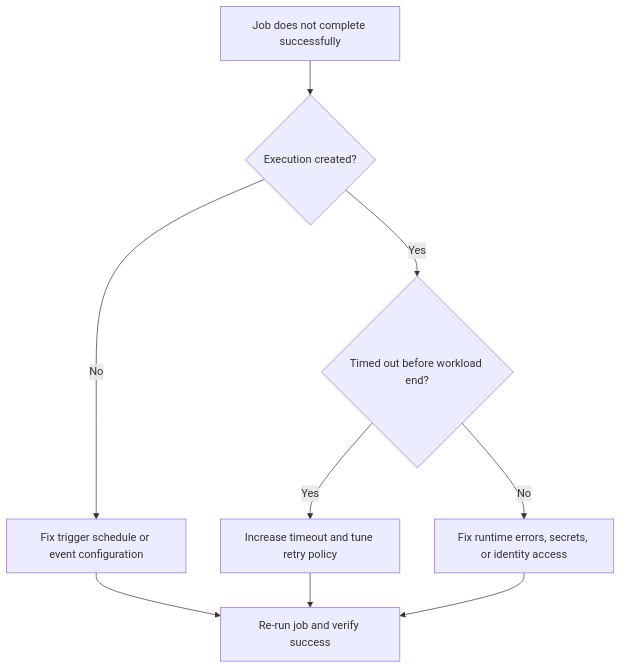
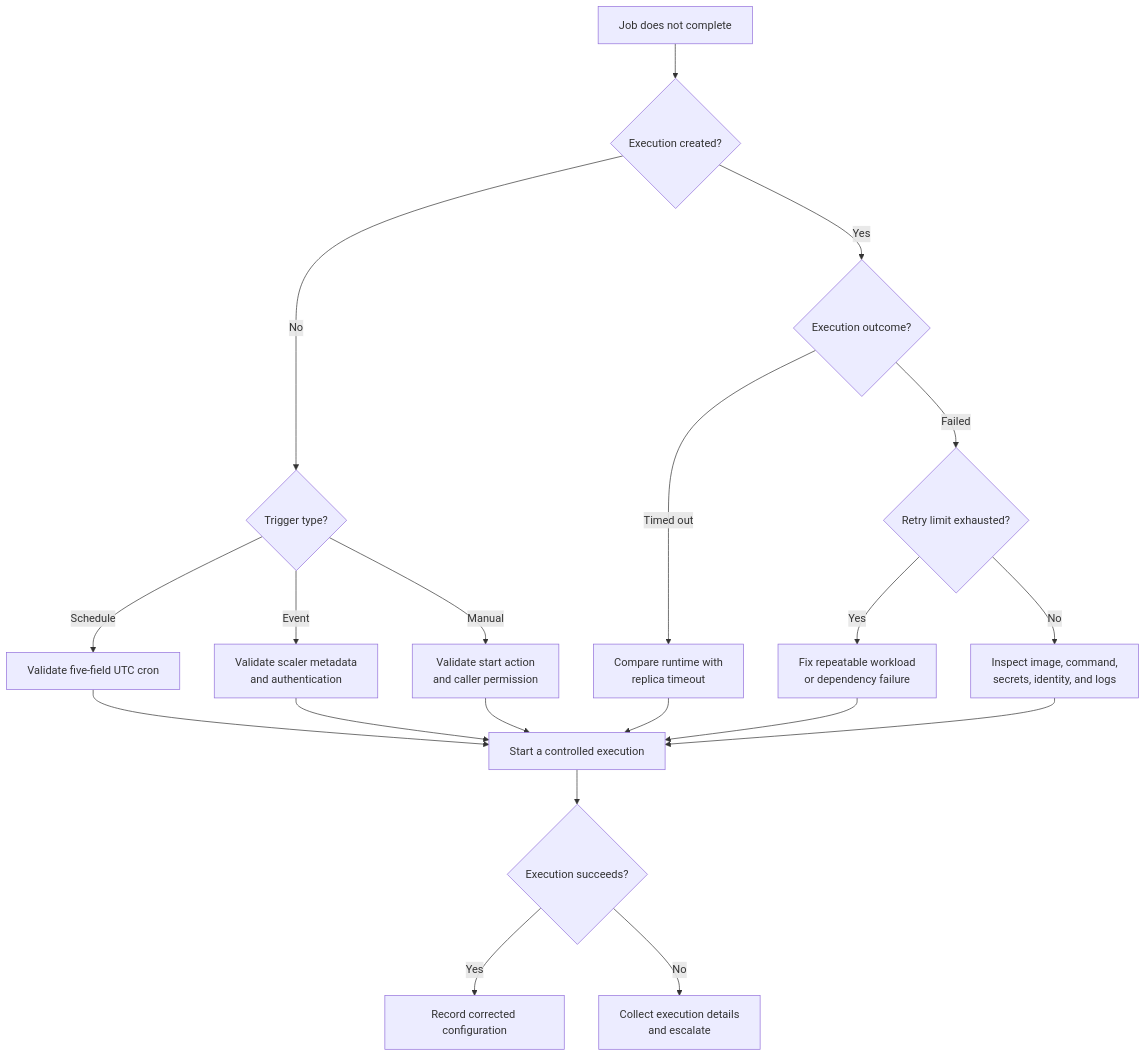
The diagram in docs/troubleshooting/playbooks/platform-features/container-app-job-execution-failure.md (yeongseon/azure-container-apps-practical-guide), drawn with Mermaid before and after one commit. The commit also changed other lines of this file and 28 other files, not shown here.

Commit message:
docs(diagrams): migrate playbook diagnostic flows (#627)

````diff
--- a/docs/troubleshooting/playbooks/platform-features/container-app-job-execution-failure.md
+++ b/docs/troubleshooting/playbooks/platform-features/container-app-job-execution-failure.md
@@ -40,11 +40,25 @@
 ```mermaid
 flowchart TD
-    A[Job does not complete successfully] --> B{Execution created?}
-    B -->|No| C[Fix trigger schedule or event configuration]
-    B -->|Yes| D{Timed out before workload end?}
-    D -->|Yes| E[Increase timeout and tune retry policy]
-    D -->|No| F[Fix runtime errors, secrets, or identity access]
-    C --> G[Re-run job and verify success]
-    E --> G
-    F --> G
+    accTitle: Diagnose a failed Container Apps job execution
+    accDescr: First determine whether an execution was created, then separate timeout and retry exhaustion from container, secret, identity, and dependency failures before starting a controlled verification execution.
+
+    START[Job does not complete] --> CREATED{Execution created?}
+    CREATED -->|No| TRIGGER{Trigger type?}
+    TRIGGER -->|Schedule| SCHEDULE[Validate five-field UTC cron]
+    TRIGGER -->|Event| EVENT[Validate scaler metadata<br/>and authentication]
+    TRIGGER -->|Manual| STARTPERM[Validate start action<br/>and caller permission]
+    CREATED -->|Yes| RESULT{Execution outcome?}
+    RESULT -->|Timed out| TIMEOUT[Compare runtime with<br/>replica timeout]
+    RESULT -->|Failed| RETRIES{Retry limit exhausted?}
+    RETRIES -->|Yes| ROOT[Fix repeatable workload<br/>or dependency failure]
+    RETRIES -->|No| RUNTIME[Inspect image, command,<br/>secrets, identity, and logs]
+    SCHEDULE --> VERIFY[Start a controlled execution]
+    EVENT --> VERIFY
+    STARTPERM --> VERIFY
+    TIMEOUT --> VERIFY
+    ROOT --> VERIFY
+    RUNTIME --> VERIFY
+    VERIFY --> SUCCESS{Execution succeeds?}
+    SUCCESS -->|Yes| DONE[Record corrected configuration]
+    SUCCESS -->|No| EVIDENCE[Collect execution details<br/>and escalate]
 ```
````
